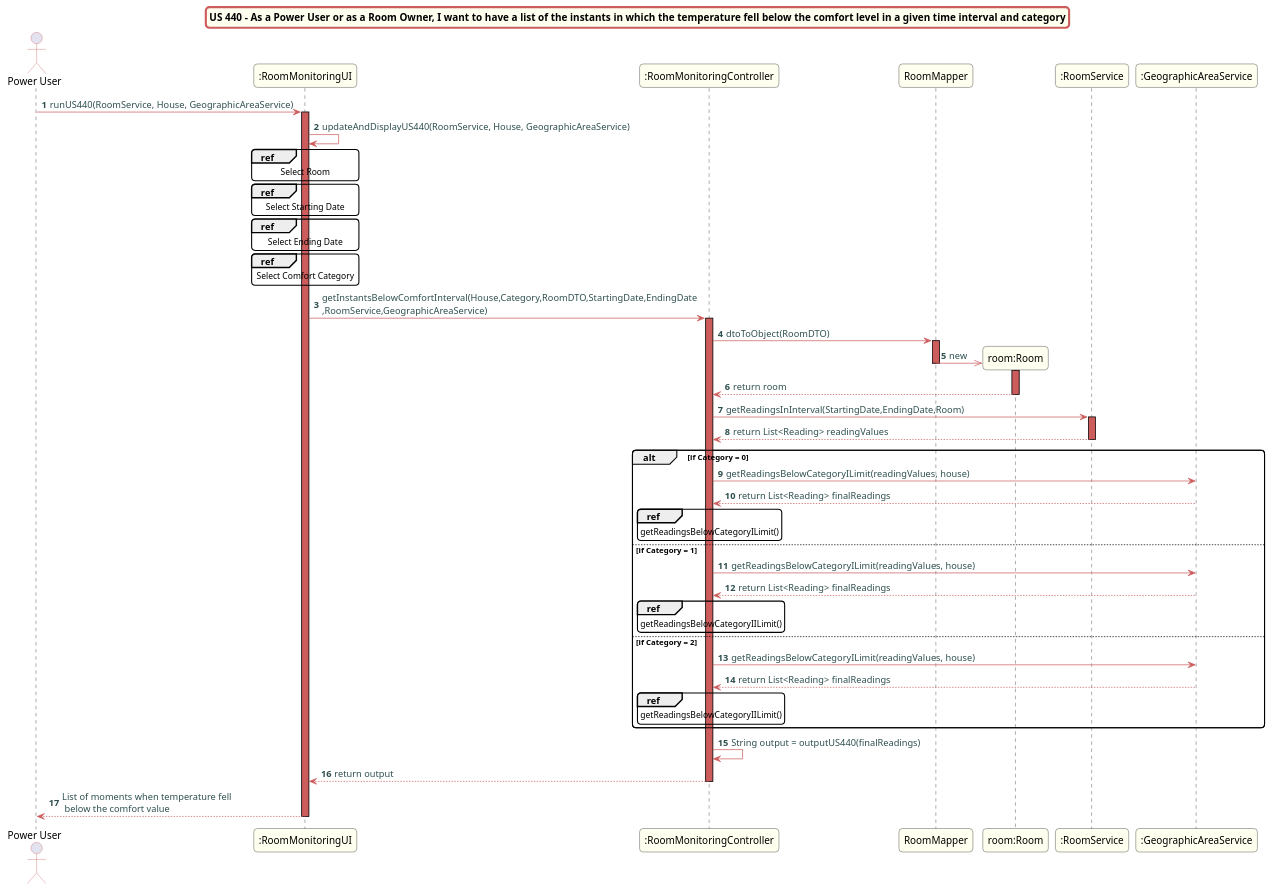
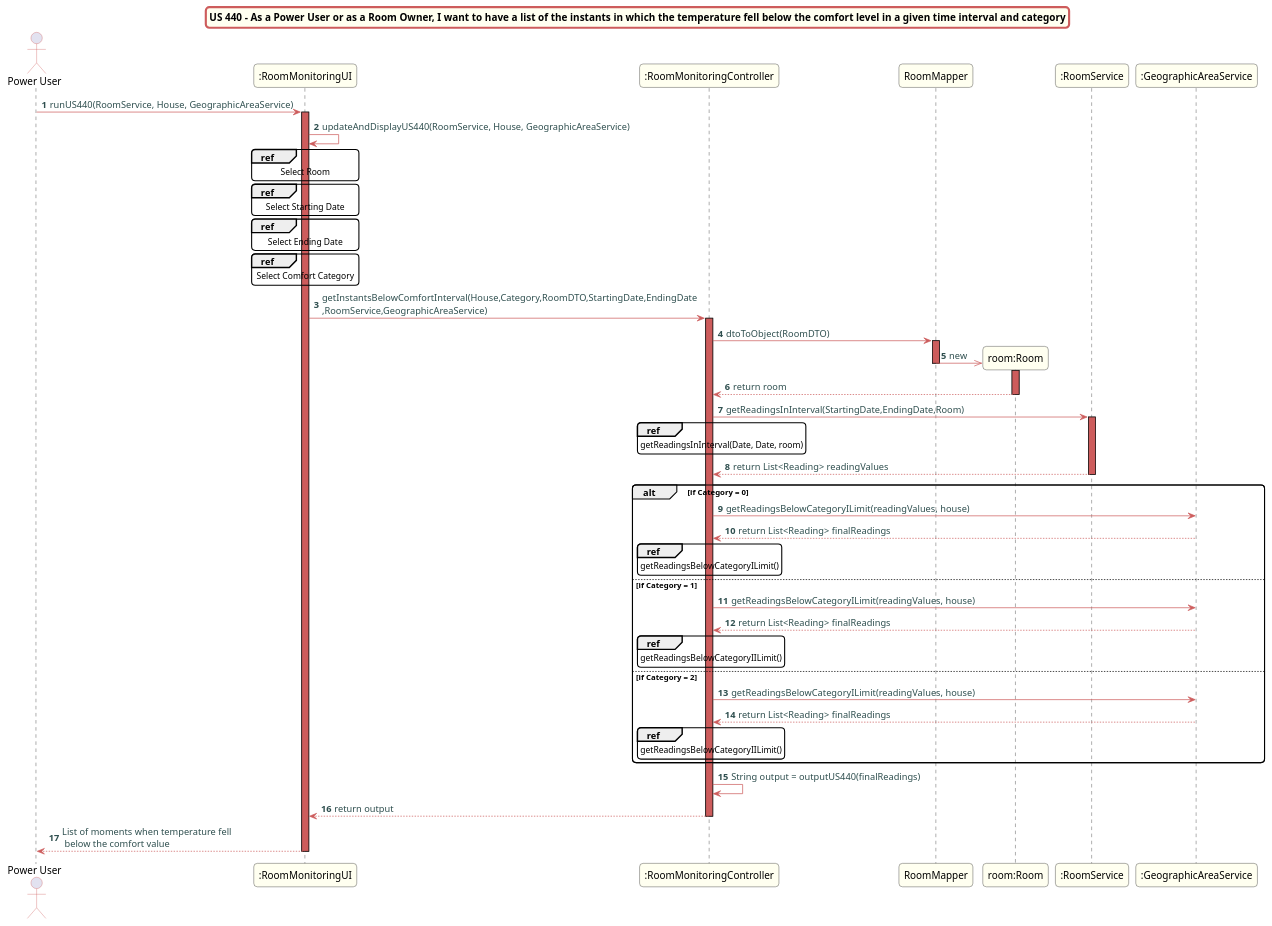
Before and after one commit to Almadanmp/project: the diagram in src/doc/Controllers/RoomMonitoring/US440/US440_sd_RoomMonitoring.puml, drawn with PlantUML. The commit also changed 3 other files, not shown here.

Commit message:
REF #261 updates US 440 REF diagrams

```diff
--- a/src/doc/Controllers/RoomMonitoring/US440/US440_sd_RoomMonitoring.puml
+++ b/src/doc/Controllers/RoomMonitoring/US440/US440_sd_RoomMonitoring.puml
@@ -1,82 +1,85 @@
 @startuml
 skinparam titleBorderRoundCorner 10
 skinparam titleBorderThickness 3
 skinparam titleBorderColor indianred
 skinparam titleBackgroundColor ivory
 skinparam FontName quicksand
 
 skinparam actor {
  	BorderColor indianred
  	}
 
  skinparam sequence {
  	LifeLineBackgroundColor indianred
  	ParticipantBackgroundColor ivory
  }
 
  skinparam roundcorner 10
 
  skinparam component {
    arrowThickness 1
    ArrowFontName Verdana
    ArrowColor indianred
    ArrowFontColor darkslategrey
  }
 title US 440 - As a Power User or as a Room Owner, I want to have a list of the instants in which the temperature fell below the comfort level in a given time interval and category
 autonumber
 actor "Power User"
 "Power User" -> ":RoomMonitoringUI": runUS440(RoomService, House, GeographicAreaService)
 activate ":RoomMonitoringUI"
 ":RoomMonitoringUI" -> ":RoomMonitoringUI" : updateAndDisplayUS440(RoomService, House, GeographicAreaService)
 ref over ":RoomMonitoringUI"
 Select Room
 end ref
 ref over ":RoomMonitoringUI"
 Select Starting Date
 end ref
 ref over ":RoomMonitoringUI"
 Select Ending Date
 end ref
 ref over ":RoomMonitoringUI"
 Select Comfort Category
 end ref
 ":RoomMonitoringUI" -> ":RoomMonitoringController": getInstantsBelowComfortInterval(House,Category,RoomDTO,StartingDate,EndingDate\n,RoomService,GeographicAreaService)
 activate ":RoomMonitoringController"
 ":RoomMonitoringController" -> RoomMapper: dtoToObject(RoomDTO)
 create "room:Room"
 activate RoomMapper
 RoomMapper ->> "room:Room": new
 deactivate RoomMapper
 activate "room:Room"
 "room:Room" --> ":RoomMonitoringController": return room
 deactivate "room:Room"
 ":RoomMonitoringController" -> ":RoomService": getReadingsInInterval(StartingDate,EndingDate,Room)
+ref over ":RoomMonitoringController"
+getReadingsInInterval(Date, Date, room)
+end ref
 activate ":RoomService"
 ":RoomService" --> ":RoomMonitoringController": return List<Reading> readingValues
 deactivate ":RoomService"
 
 alt if Category = 0
 ":RoomMonitoringController" -> ":GeographicAreaService": getReadingsBelowCategoryILimit(readingValues, house)
 ":GeographicAreaService" --> ":RoomMonitoringController": return List<Reading> finalReadings
 ref over ":RoomMonitoringController"
 getReadingsBelowCategoryILimit()
 end ref
 else if Category = 1
 ":RoomMonitoringController" -> ":GeographicAreaService": getReadingsBelowCategoryILimit(readingValues, house)
 ":GeographicAreaService" --> ":RoomMonitoringController": return List<Reading> finalReadings
 ref over ":RoomMonitoringController"
 getReadingsBelowCategoryIILimit()
 end ref
 else if Category = 2
 ":RoomMonitoringController" -> ":GeographicAreaService": getReadingsBelowCategoryILimit(readingValues, house)
 ":GeographicAreaService" --> ":RoomMonitoringController": return List<Reading> finalReadings
 ref over ":RoomMonitoringController"
 getReadingsBelowCategoryIILimit()
 end ref
 end
 ":RoomMonitoringController" -> ":RoomMonitoringController": String output = outputUS440(finalReadings)
 ":RoomMonitoringController" --> ":RoomMonitoringUI": return output
 deactivate ":RoomMonitoringController"
 ":RoomMonitoringUI" --> "Power User": List of moments when temperature fell \n below the comfort value
 deactivate ":RoomMonitoringUI"
 @enduml
```
